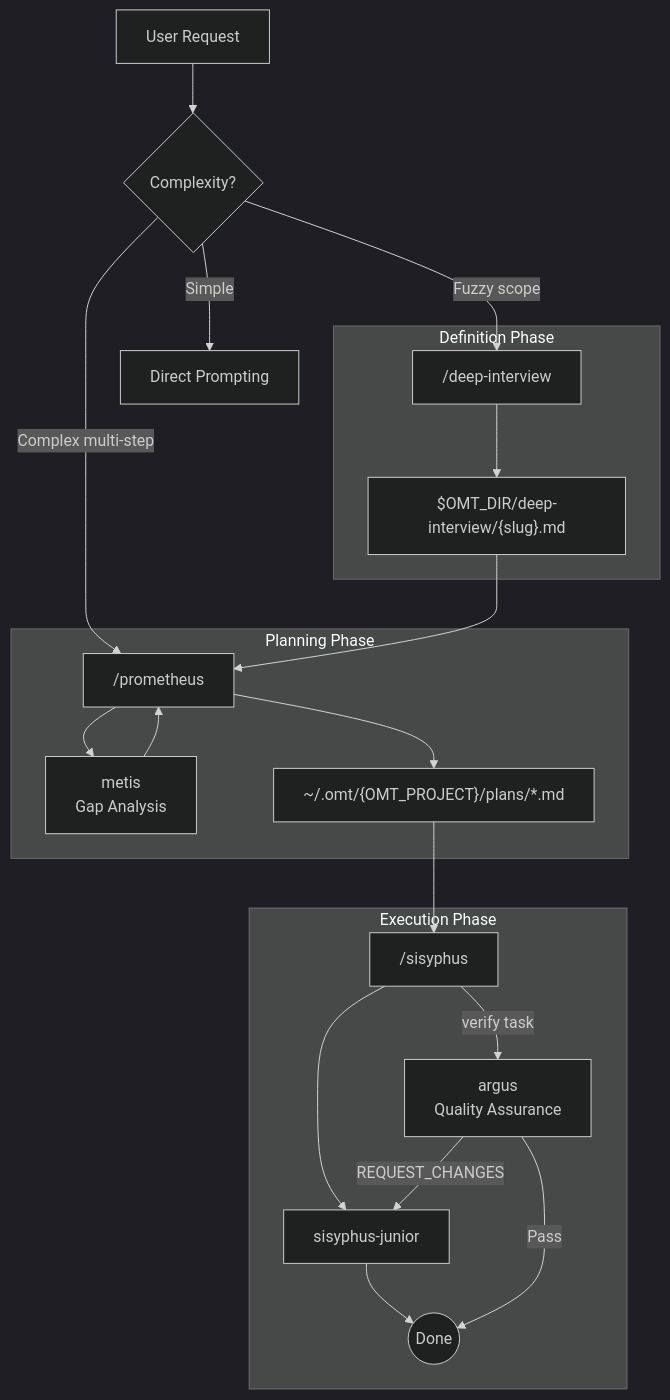
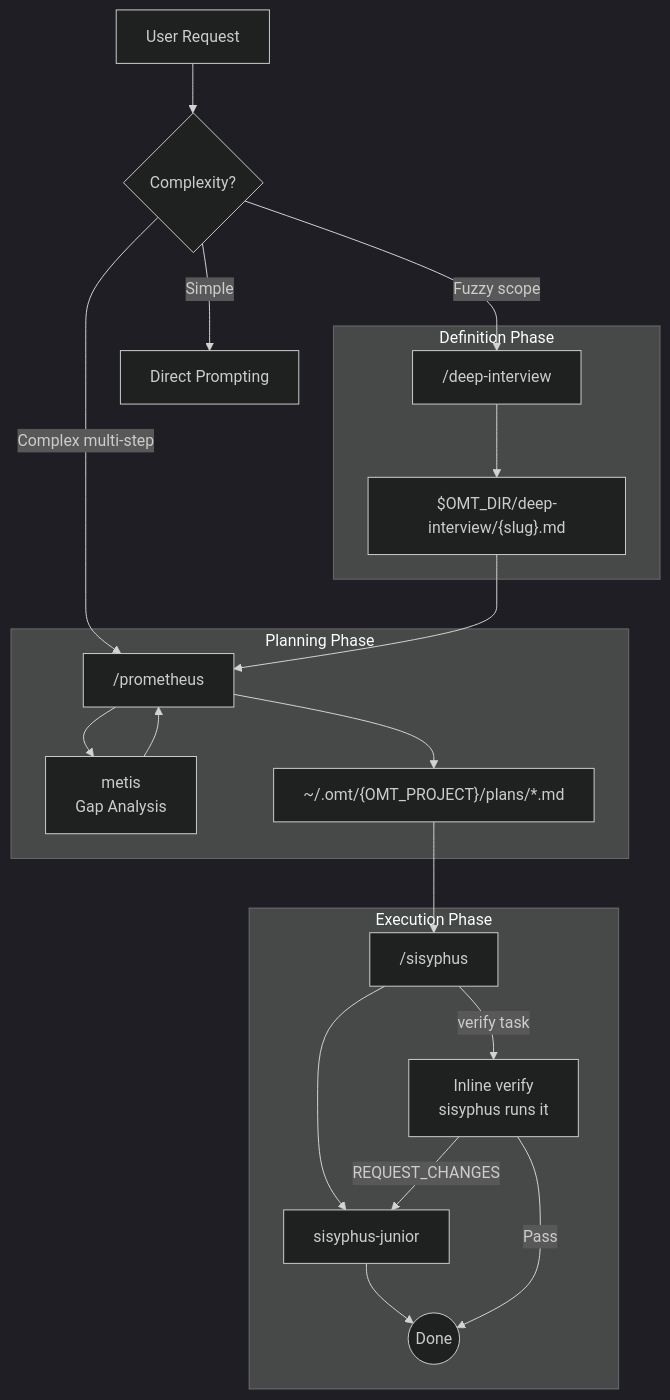
The diagram in docs/ORCHESTRATION.en.md (toongri/oh-my-toong-playground), drawn with Mermaid (dark theme) before and after one commit. The commit also changed other lines of this file and 33 other files, not shown here.

First line of the commit message:
refactor: argus 전역 삭제 + inline-verify 이관

````diff
--- a/docs/ORCHESTRATION.en.md
+++ b/docs/ORCHESTRATION.en.md
@@ -50,28 +50,28 @@
 ```mermaid
 flowchart TD
     User[User Request] --> Decision{Complexity?}
 
     Decision -->|Simple| Direct[Direct Prompting]
     Decision -->|Fuzzy scope| DeepInterview["/deep-interview"]
     Decision -->|Complex multi-step| Prometheus
 
     subgraph Definition Phase
         DeepInterview --> SpecFile["$OMT_DIR/deep-interview/{slug}.md"]
     end
 
     subgraph Planning Phase
         SpecFile --> Prometheus["/prometheus"]
         Prometheus --> Metis[metis<br/>Gap Analysis]
         Metis --> Prometheus
         Prometheus --> PlanFile["~/.omt/{OMT_PROJECT}/plans/*.md"]
     end
 
     subgraph Execution Phase
         PlanFile --> Sisyphus["/sisyphus"]
         Sisyphus --> Junior[sisyphus-junior]
         Junior --> Done((Done))
-        Sisyphus -->|verify task| QA[argus<br/>Quality Assurance]
+        Sisyphus -->|verify task| QA[Inline verify<br/>sisyphus runs it]
         QA -->|Pass| Done
         QA -->|REQUEST_CHANGES| Junior
     end
 ```
````
